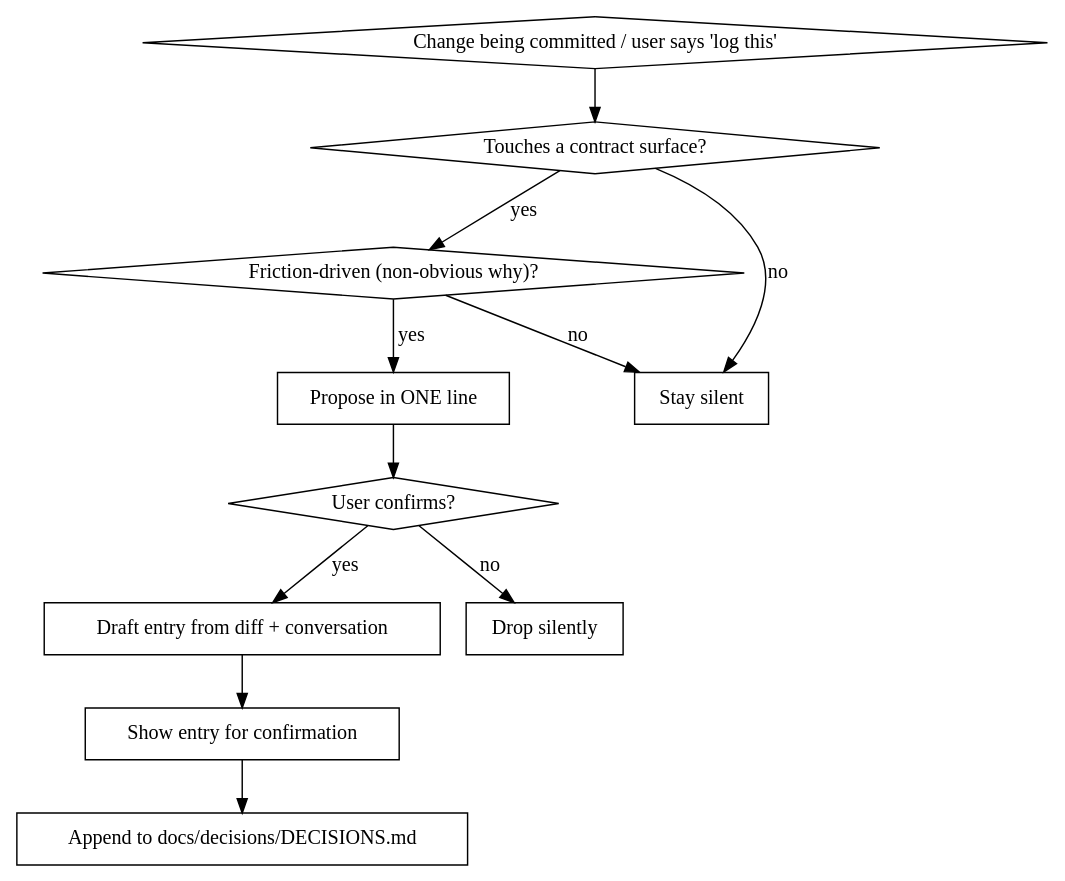
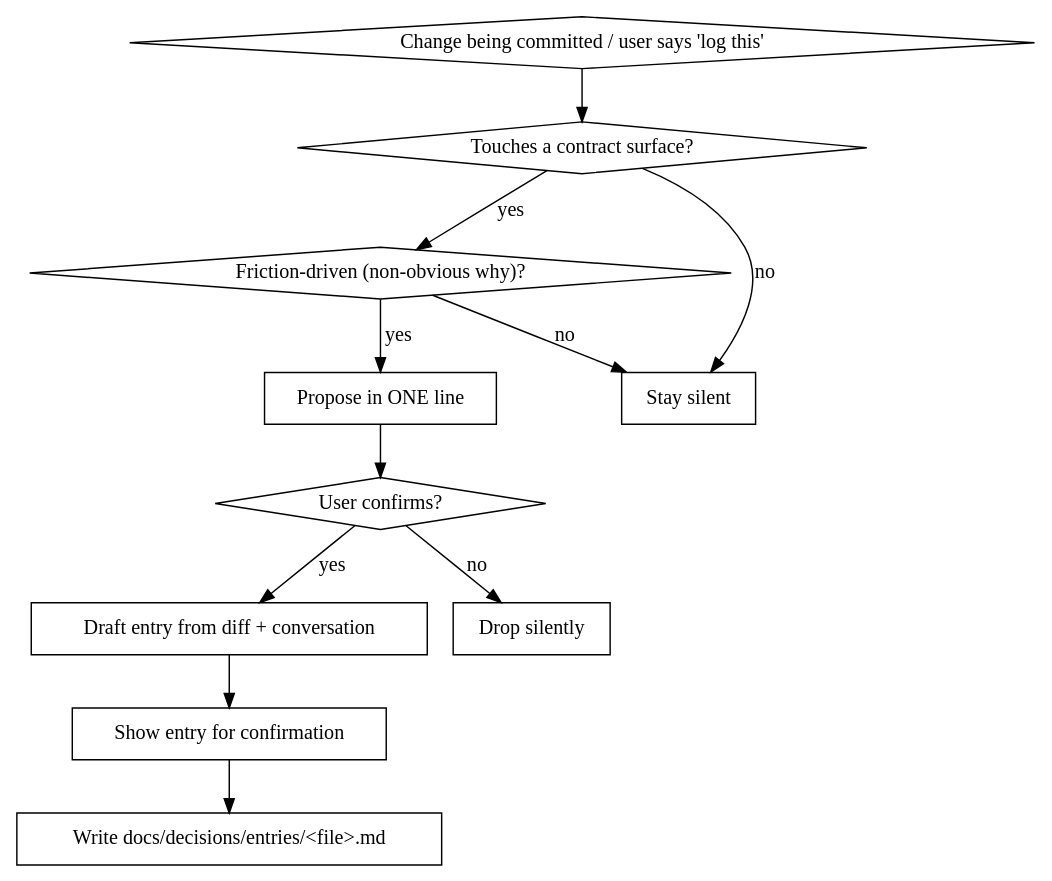
Before and after one commit to okeefeco/pyeye-mcp: the diagram in skills/decision-log/SKILL.md, drawn with Graphviz. The commit also changed other lines of this file and 55 other files, not shown here.

````diff
--- a/skills/decision-log/SKILL.md
+++ b/skills/decision-log/SKILL.md
@@ -106,28 +131,28 @@
 ```dot
 digraph decision_log {
     rankdir=TB;
 
     "Change being committed / user says 'log this'" [shape=diamond];
     "Touches a contract surface?" [shape=diamond];
     "Friction-driven (non-obvious why)?" [shape=diamond];
     "User confirms?" [shape=diamond];
 
     "Stay silent" [shape=box];
     "Propose in ONE line" [shape=box];
     "Draft entry from diff + conversation" [shape=box];
     "Show entry for confirmation" [shape=box];
-    "Append to docs/decisions/DECISIONS.md" [shape=box];
+    "Write docs/decisions/entries/<file>.md" [shape=box];
     "Drop silently" [shape=box];
 
     "Change being committed / user says 'log this'" -> "Touches a contract surface?";
     "Touches a contract surface?" -> "Stay silent" [label="no"];
     "Touches a contract surface?" -> "Friction-driven (non-obvious why)?" [label="yes"];
     "Friction-driven (non-obvious why)?" -> "Stay silent" [label="no"];
     "Friction-driven (non-obvious why)?" -> "Propose in ONE line" [label="yes"];
     "Propose in ONE line" -> "User confirms?";
     "User confirms?" -> "Drop silently" [label="no"];
     "User confirms?" -> "Draft entry from diff + conversation" [label="yes"];
     "Draft entry from diff + conversation" -> "Show entry for confirmation";
-    "Show entry for confirmation" -> "Append to docs/decisions/DECISIONS.md";
+    "Show entry for confirmation" -> "Write docs/decisions/entries/<file>.md";
 }
 ```
````
